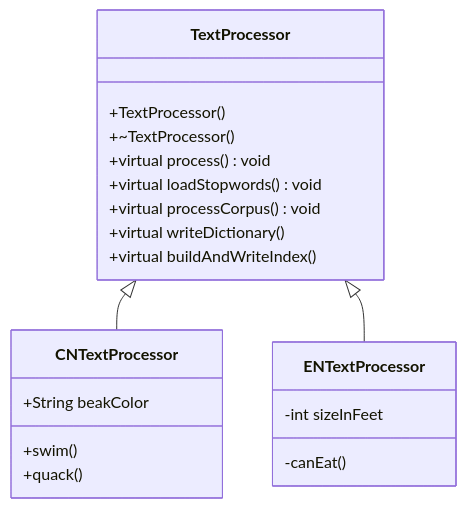
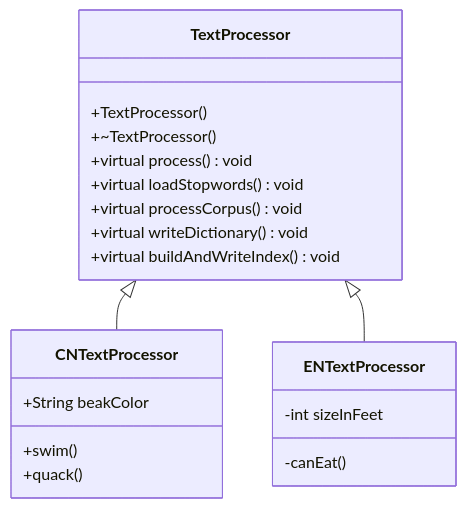
The diagram in all/未命名-1.md (Jason-DancingBoy/iodraw-files), drawn with Mermaid before and after one commit.

Commit message:
2026-01-02 20:41:05 update

````diff
--- a/all/未命名-1.md
+++ b/all/未命名-1.md
@@ -1,22 +1,22 @@
 ```mermaid
 classDiagram
     TextProcessor <|-- CNTextProcessor
     TextProcessor <|-- ENTextProcessor
     TextProcessor: +TextProcessor()
     TextProcessor: +~TextProcessor()
     TextProcessor: +virtual process() void
     TextProcessor: +virtual loadStopwords() void 
     TextProcessor: +virtual processCorpus() void
-    TextProcessor: +virtual writeDictionary()
-    TextProcessor: +virtual buildAndWriteIndex()
+    TextProcessor: +virtual writeDictionary() void
+    TextProcessor: +virtual buildAndWriteIndex() void
     class CNTextProcessor{
       +String beakColor
       +swim()
       +quack()
     }
     class ENTextProcessor{
       -int sizeInFeet
       -canEat()
     }
             
 ```
````
